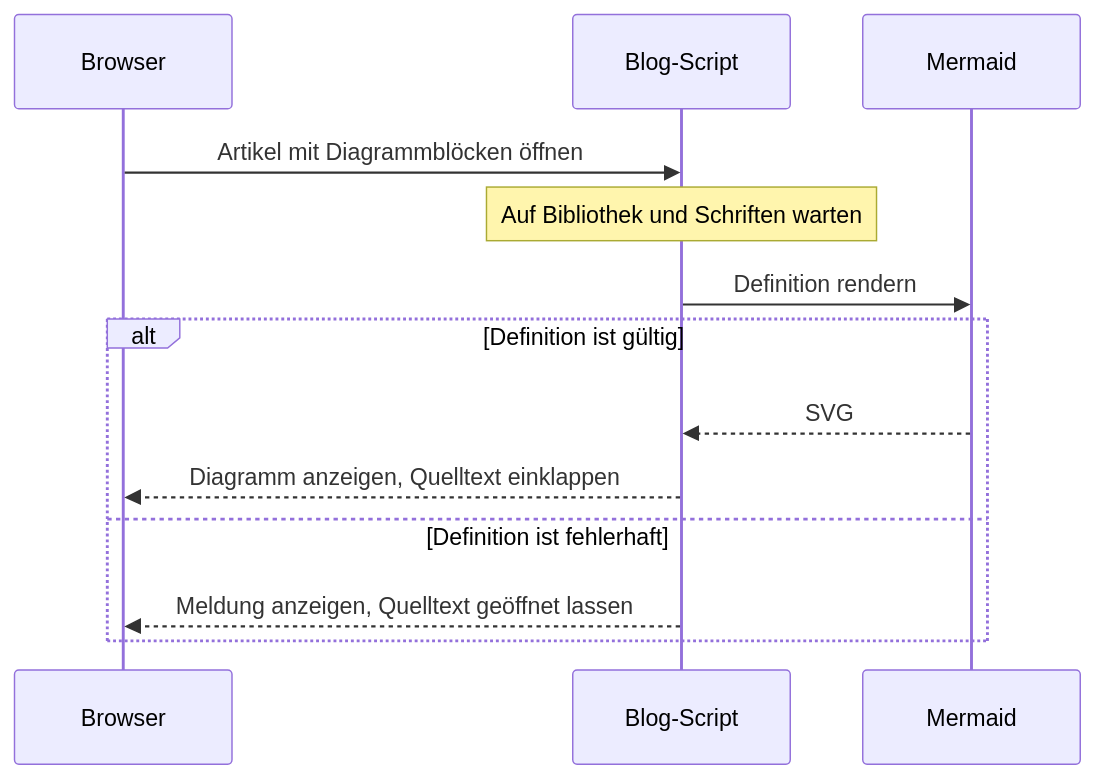
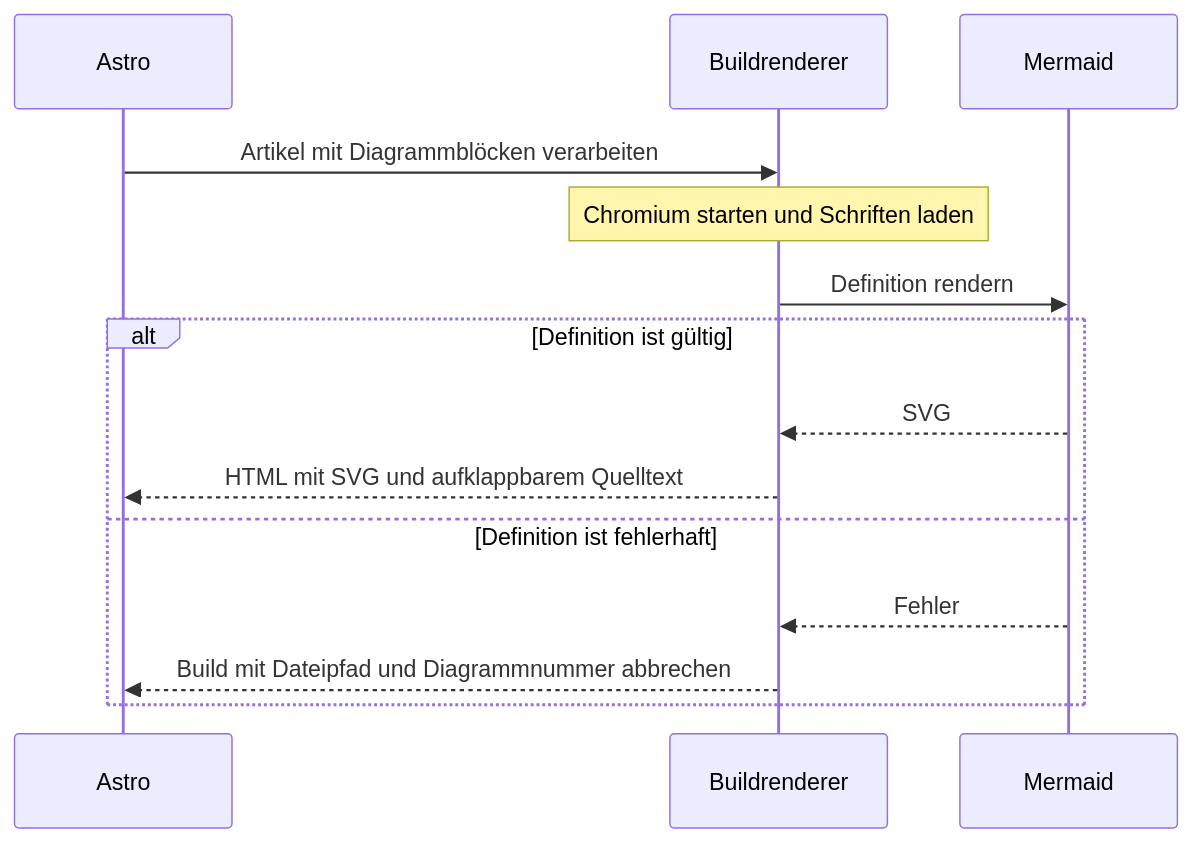
The second of 5 diagrams in src/content/blog/astro-fuer-entwicklerblogs-mermaid-diagramme.md (stefan-karger/astro-portfolio), drawn with Mermaid before and after one commit. The commit also changed other lines of this file and 21 other files, not shown here.

Commit message:
perf: render Mermaid diagrams at build time and refine blog layout

````diff
--- a/src/content/blog/astro-fuer-entwicklerblogs-mermaid-diagramme.md
+++ b/src/content/blog/astro-fuer-entwicklerblogs-mermaid-diagramme.md
@@ -382,17 +385,18 @@
-```mermaid title="Diagramme beim Öffnen des Artikels laden"
+```mermaid title="Diagramme beim Build erzeugen"
 sequenceDiagram
-  accTitle: Ein Mermaid-Diagramm laden
-  accDescr: Der Browser empfängt die statische Blogseite. Das Script wartet auf Mermaid und die lokalen Schriften. Mermaid liefert bei Erfolg ein SVG. Bei einem Fehler bleibt der Quelltext geöffnet.
-  participant B as Browser
-  participant S as Blog-Script
+  accTitle: Ein Mermaid-Diagramm beim Build rendern
+  accDescr: Astro verarbeitet den Artikel. Der Renderer startet Chromium mit lokalen Schriften und Mermaid. Bei Erfolg ergänzt er das SVG im HTML. Bei einem Fehler stoppt der Build.
+  participant A as Astro
+  participant R as Buildrenderer
   participant M as Mermaid
-  B->>S: Artikel mit Diagrammblöcken öffnen
-  Note over S: Auf Bibliothek und Schriften warten
-  S->>M: Definition rendern
+  A->>R: Artikel mit Diagrammblöcken verarbeiten
+  Note over R: Chromium starten und Schriften laden
+  R->>M: Definition rendern
   alt Definition ist gültig
-    M-->>S: SVG
-    S-->>B: Diagramm anzeigen, Quelltext einklappen
+    M-->>R: SVG
+    R-->>A: HTML mit SVG und aufklappbarem Quelltext
   else Definition ist fehlerhaft
-    S-->>B: Meldung anzeigen, Quelltext geöffnet lassen
+    M-->>R: Fehler
+    R-->>A: Build mit Dateipfad und Diagrammnummer abbrechen
   end
 ```
````
